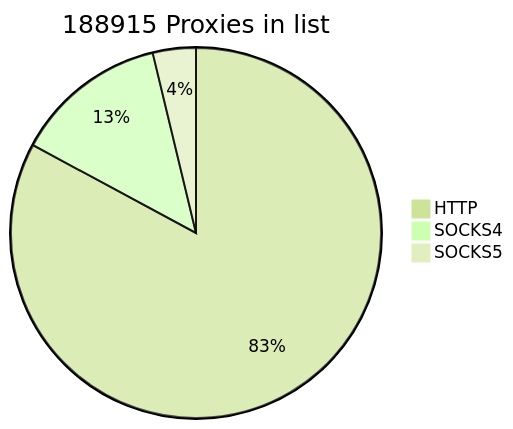
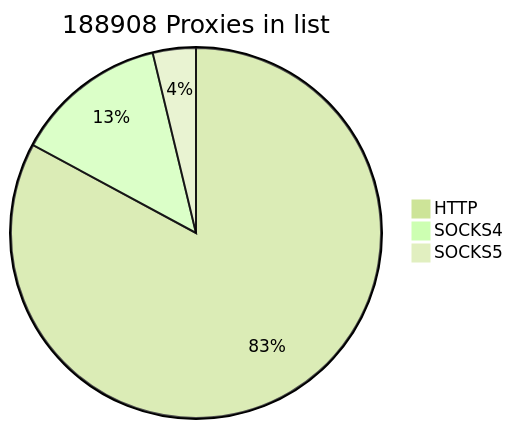
Before and after one commit to cutipu/proxylist: the first of 2 diagrams in README.md, drawn with Mermaid (forest theme). The commit also changed other lines of this file, not shown here.

````diff
--- a/README.md
+++ b/README.md
@@ -2,7 +2,7 @@
 ```mermaid
-pie title 188915 Proxies in list
+pie title 188908 Proxies in list
     "HTTP" : 156550
-    "SOCKS4" : 25269
+    "SOCKS4" : 25262
     "SOCKS5" : 7096
             
 ```
````
